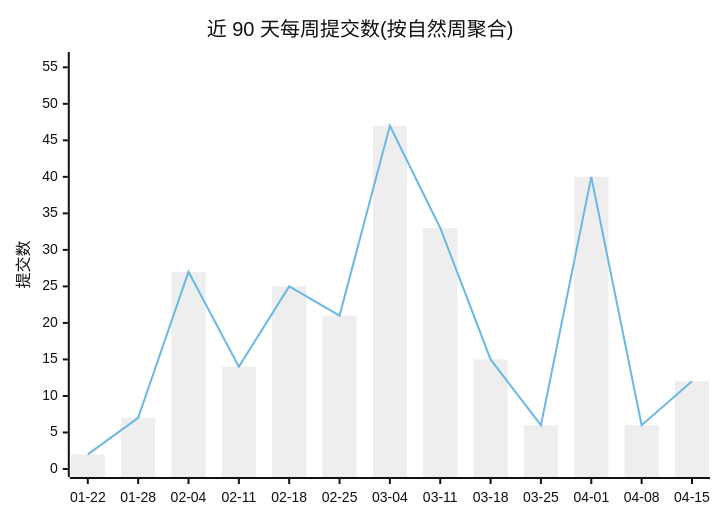
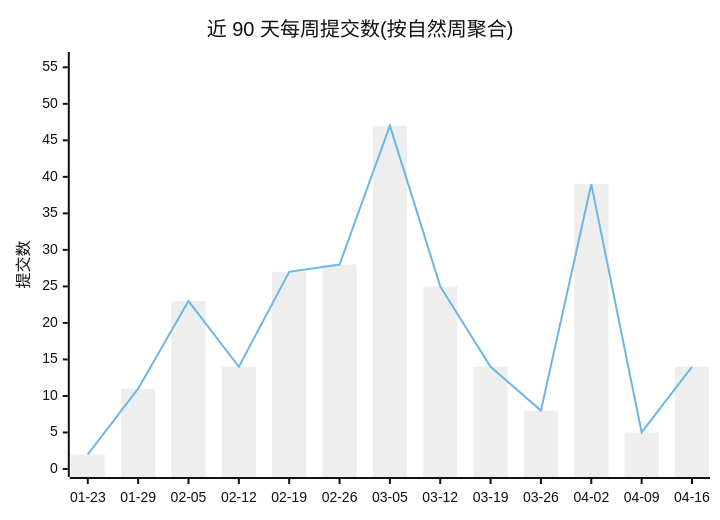
Before and after one commit to Conflux-Union/.github: the first of 2 diagrams in profile/README.md, drawn with Mermaid (neutral theme). The commit also changed other lines of this file and 1 other file, not shown here.

````diff
--- a/profile/README.md
+++ b/profile/README.md
@@ -44,8 +44,8 @@
 ```mermaid
 xychart-beta
     title "近 90 天每周提交数(按自然周聚合)"
-    x-axis ["01-22", "01-28", "02-04", "02-11", "02-18", "02-25", "03-04", "03-11", "03-18", "03-25", "04-01", "04-08", "04-15"]
+    x-axis ["01-23", "01-29", "02-05", "02-12", "02-19", "02-26", "03-05", "03-12", "03-19", "03-26", "04-02", "04-09", "04-16"]
     y-axis "提交数" 0 --> 56
-    bar [2, 7, 27, 14, 25, 21, 47, 33, 15, 6, 40, 6, 12]
-    line [2, 7, 27, 14, 25, 21, 47, 33, 15, 6, 40, 6, 12]
+    bar [2, 11, 23, 14, 27, 28, 47, 25, 14, 8, 39, 5, 14]
+    line [2, 11, 23, 14, 27, 28, 47, 25, 14, 8, 39, 5, 14]
 ```
````
